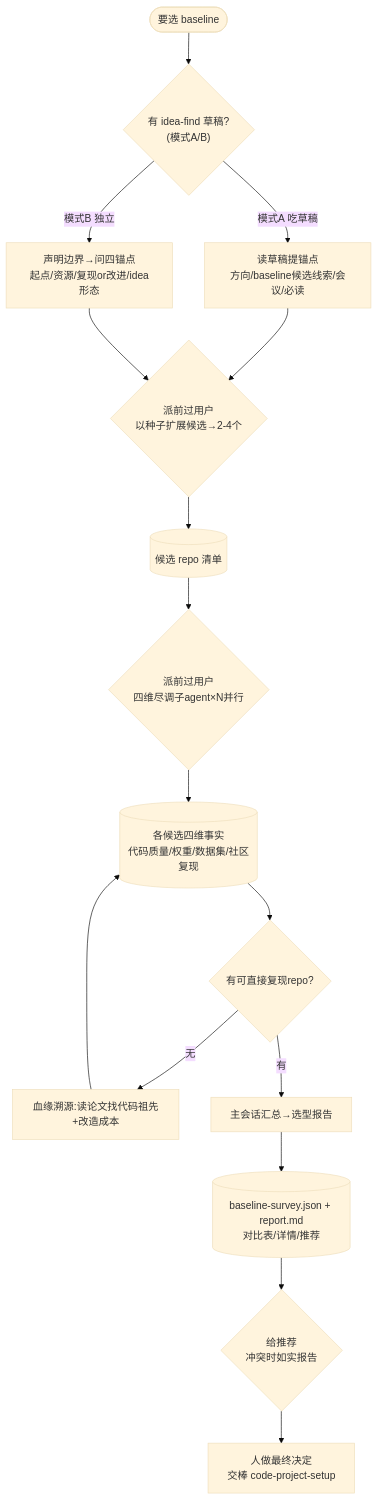
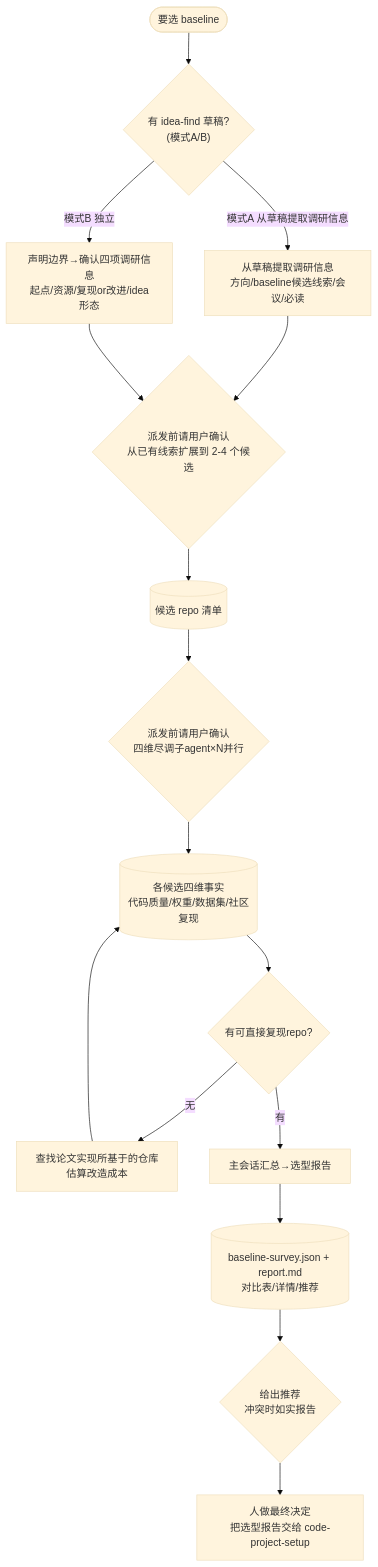
Before and after one commit to jackwang0108/dl-assistant: the second of 2 diagrams in plugins/dl-assistant/skills/baseline-survey/SKILL.md, drawn with Mermaid (base theme). The commit also changed other lines of this file and 143 other files, not shown here.

````diff
--- a/plugins/dl-assistant/skills/baseline-survey/SKILL.md
+++ b/plugins/dl-assistant/skills/baseline-survey/SKILL.md
@@ -66,19 +68,19 @@
 ```mermaid
 flowchart TD
     START(["要选 baseline"]) --> MODE{"有 idea-find 草稿?<br/>(模式A/B)"}
-    MODE -->|模式A 吃草稿| ANCHOR_A["读草稿提锚点<br/>方向/baseline候选线索/会议/必读"]
-    MODE -->|模式B 独立| ANCHOR_B["声明边界→问四锚点<br/>起点/资源/复现or改进/idea形态"]
+    MODE -->|模式A 从草稿提取调研信息| ANCHOR_A["从草稿提取调研信息<br/>方向/baseline候选线索/会议/必读"]
+    MODE -->|模式B 独立| ANCHOR_B["声明边界→确认四项调研信息<br/>起点/资源/复现or改进/idea形态"]
     ANCHOR_A --> EXPAND
     ANCHOR_B --> EXPAND
-    EXPAND{"派前过用户<br/>以种子扩展候选→2-4个"}
+    EXPAND{"派发前请用户确认<br/>从已有线索扩展到 2-4 个候选"}
     EXPAND --> CANDIDATES[("候选 repo 清单")]
-    CANDIDATES --> DDGATE{"派前过用户<br/>四维尽调子agent×N并行"}
+    CANDIDATES --> DDGATE{"派发前请用户确认<br/>四维尽调子agent×N并行"}
     DDGATE --> DD[("各候选四维事实<br/>代码质量/权重/数据集/社区复现")]
     DD --> BLOOD{"有可直接复现repo?"}
-    BLOOD -->|无| TRACE["血缘溯源:读论文找代码祖先+改造成本"]
+    BLOOD -->|无| TRACE["查找论文实现所基于的仓库<br/>估算改造成本"]
     TRACE --> DD
     BLOOD -->|有| REPORT["主会话汇总→选型报告"]
     REPORT --> OUT[("baseline-survey.json + report.md<br/>对比表/详情/推荐")]
-    OUT --> RECO{"给推荐<br/>冲突时如实报告"}
-    RECO --> HAND["人做最终决定<br/>交棒 code-project-setup"]
+    OUT --> RECO{"给出推荐<br/>冲突时如实报告"}
+    RECO --> HAND["人做最终决定<br/>把选型报告交给 code-project-setup"]
 ```
````
